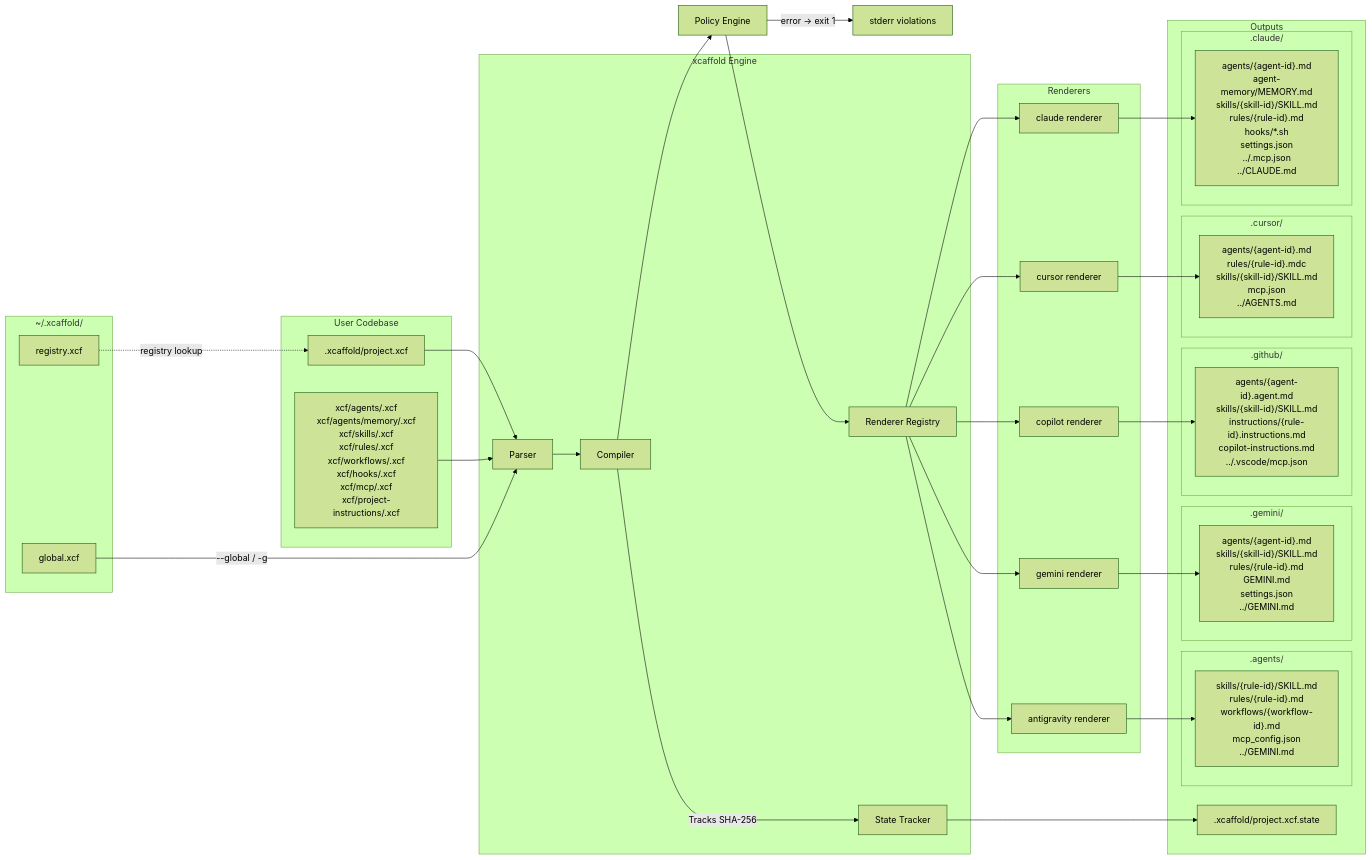
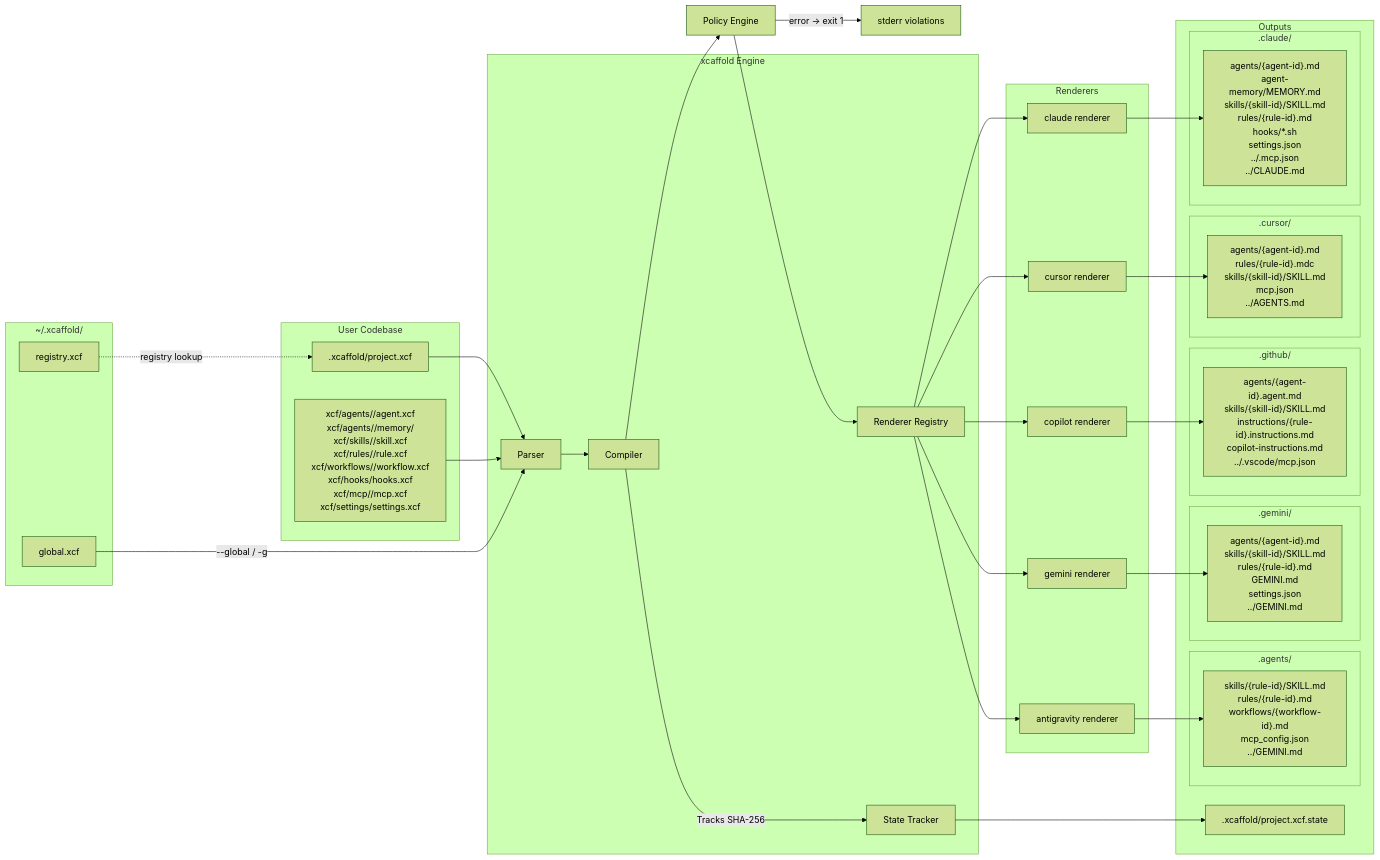
The diagram in docs/concepts/architecture/architecture.md (saero-ai/xcaffold), drawn with Mermaid (forest theme) before and after one commit. The commit also changed other lines of this file and 2 other files, not shown here.

Commit message:
docs(concepts): update architecture for import redesign
Removes translate command refs, retitles BIR pipeline doc, adds
override merge semantics and targets filtering to config scopes.
System diagram updated to directory-per-resource layout.

```diff
--- a/docs/concepts/architecture/architecture.md
+++ b/docs/concepts/architecture/architecture.md
@@ -20,14 +20,14 @@
 
   subgraph User Codebase
     A[.xcaffold/project.xcf]
-    XCF["`xcf/agents/<agent-id>.xcf
-    xcf/agents/memory/<memory-id>.xcf
-    xcf/skills/<skill-id>.xcf
-    xcf/rules/<rule-id>.xcf
-    xcf/workflows/<workflow-id>.xcf
-    xcf/hooks/<hook-id>.xcf
-    xcf/mcp/<mcp-id>.xcf
-    xcf/project-instructions/<id>.xcf`"]
+    XCF["`xcf/agents/<name>/agent.xcf
+    xcf/agents/<name>/memory/
+    xcf/skills/<name>/skill.xcf
+    xcf/rules/<name>/rule.xcf
+    xcf/workflows/<name>/workflow.xcf
+    xcf/hooks/hooks.xcf
+    xcf/mcp/<name>/mcp.xcf
+    xcf/settings/settings.xcf`"]
   end
 
   subgraph xcaffold Engine
```
